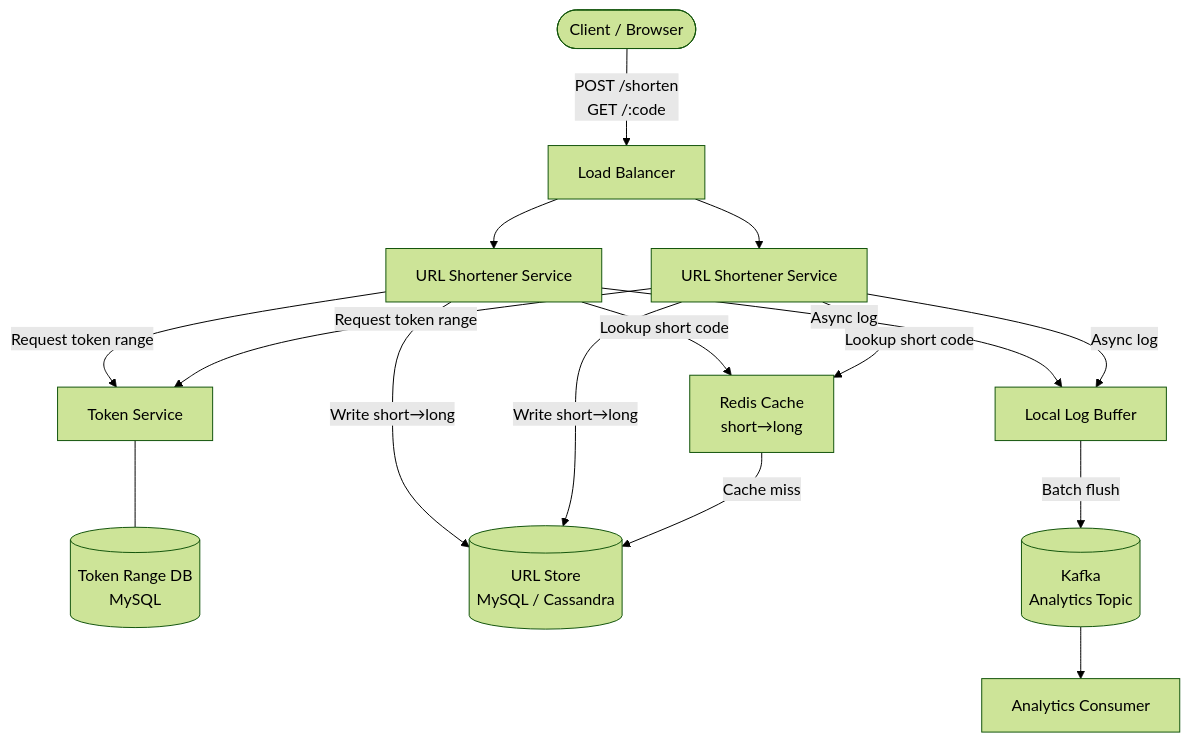
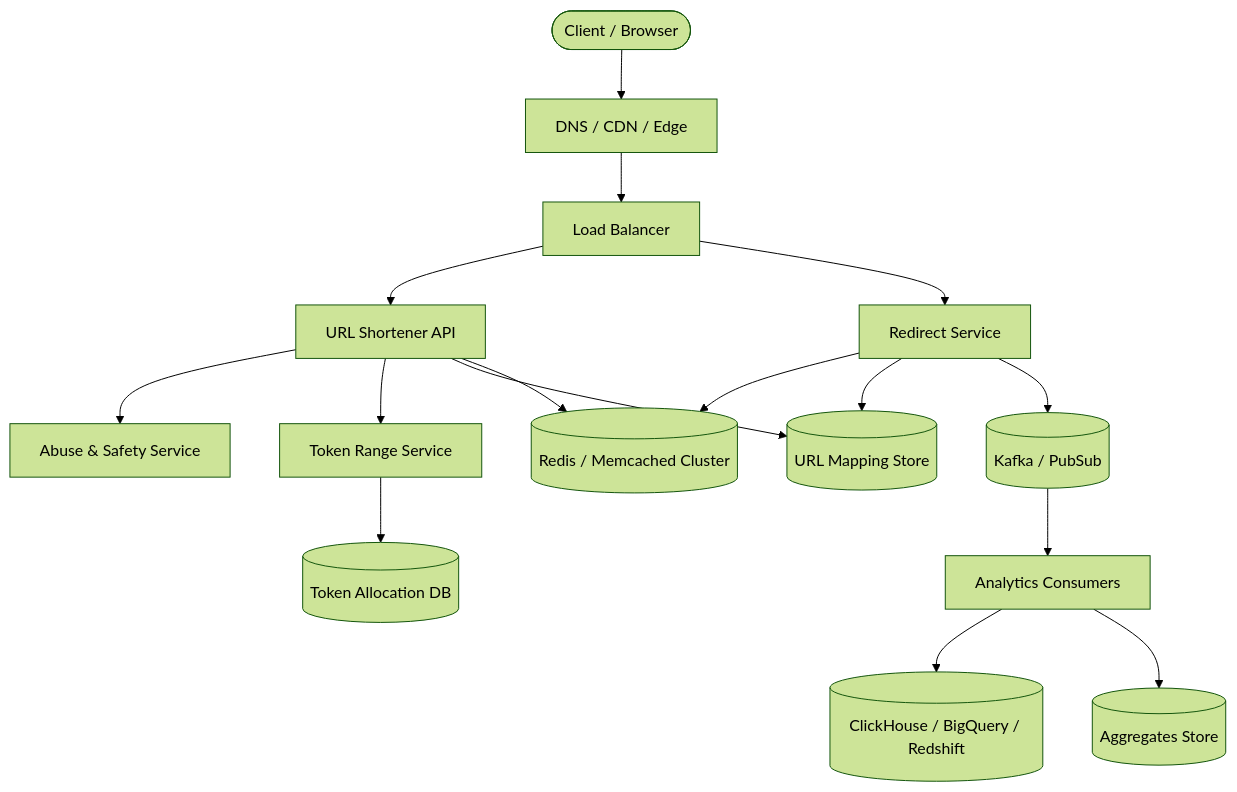
Before and after one commit to samperay/wiki: the first of 4 diagrams in docs/sysdesign/app/url_shortner.md, drawn with Mermaid (forest theme). The commit also changed other lines of this file, not shown here.

Commit message:
updated system design for url_shortner

````diff
--- a/docs/sysdesign/app/url_shortner.md
+++ b/docs/sysdesign/app/url_shortner.md
@@ -70,26 +205,32 @@
 ```mermaid
 graph TD
     Client([Client / Browser])
+    DNS[DNS / CDN / Edge]
     LB[Load Balancer]
-    US1[URL Shortener Service]
-    US2[URL Shortener Service]
-    TS[Token Service]
-    TokenDB[(Token Range DB\nMySQL)]
-    Cache[Redis Cache\nshort→long]
-    MainDB[(URL Store\nMySQL / Cassandra)]
-    LogBuf[Local Log Buffer]
-    Kafka[(Kafka\nAnalytics Topic)]
-    Analytics[Analytics Consumer]
+    API[URL Shortener API]
+    Redirect[Redirect Service]
+    Token[Token Range Service]
+    TokenDB[(Token Allocation DB)]
+    Cache[(Redis / Memcached Cluster)]
+    URLDB[(URL Mapping Store)]
+    Abuse[Abuse & Safety Service]
+    Queue[(Kafka / PubSub)]
+    Consumers[Analytics Consumers]
+    OLAP[(ClickHouse / BigQuery / Redshift)]
+    Metrics[(Aggregates Store)]
 
-    Client -->|POST /shorten\nGET /:code| LB
-    LB --> US1
-    LB --> US2
-    US1 & US2 -->|Request token range| TS
-    TS --- TokenDB
-    US1 & US2 -->|Write short→long| MainDB
-    US1 & US2 -->|Lookup short code| Cache
-    Cache -->|Cache miss| MainDB
-    US1 & US2 -->|Async log| LogBuf
-    LogBuf -->|Batch flush| Kafka
-    Kafka --> Analytics
+    Client --> DNS --> LB
+    LB --> API
+    LB --> Redirect
+    API --> Abuse
+    API --> Token
+    Token --> TokenDB
+    API --> URLDB
+    API --> Cache
+    Redirect --> Cache
+    Redirect --> URLDB
+    Redirect --> Queue
+    Queue --> Consumers
+    Consumers --> OLAP
+    Consumers --> Metrics
 ```
````
